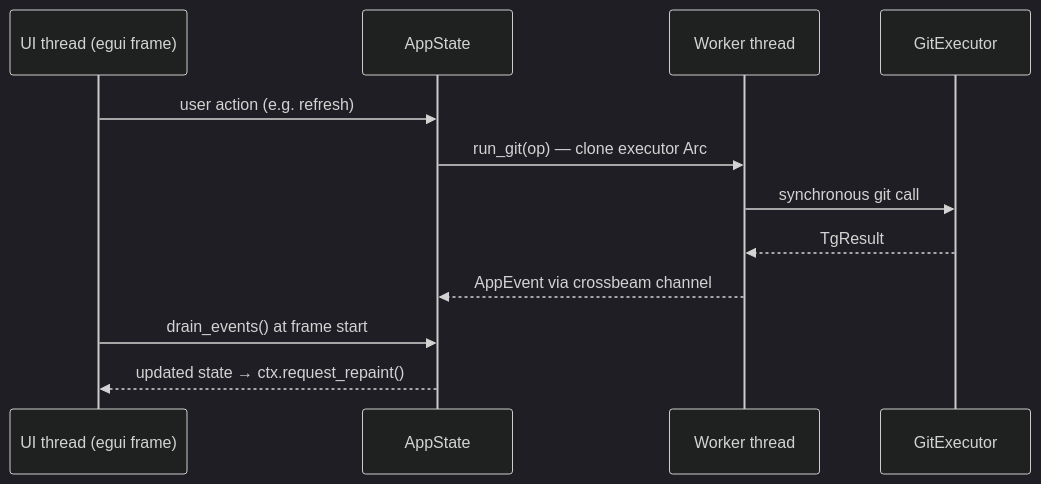
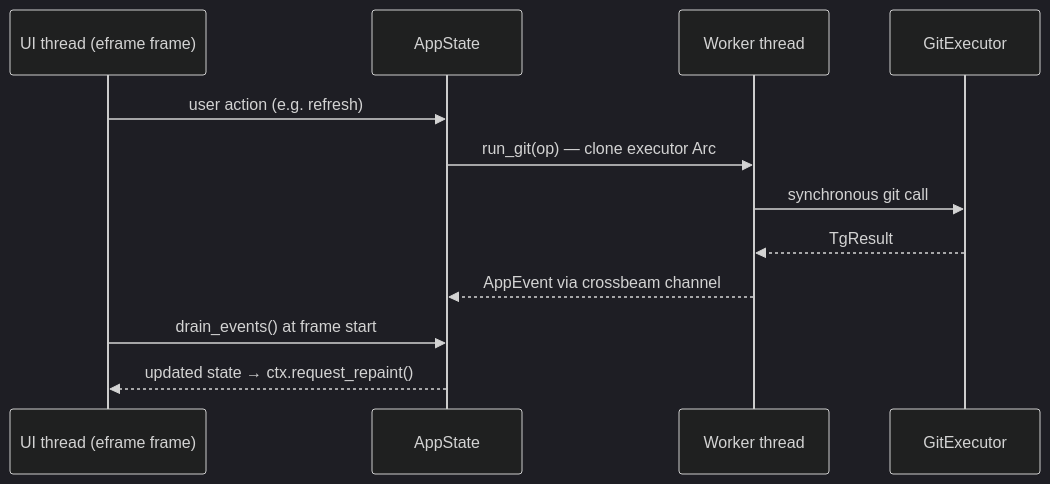
One commit to strawberry-choco/turbogit changed the second of 2 diagrams in docs/architecture.md. Above: the diagram before and after it, drawn with Mermaid (dark theme). The commit also changed other lines of this file and 14 other files, not shown here.

````diff
--- a/docs/architecture.md
+++ b/docs/architecture.md
@@ -160,15 +211,15 @@
 ```mermaid
 sequenceDiagram
-    participant UI as UI thread (egui frame)
+    participant UI as UI thread (eframe frame)
     participant ST as AppState
     participant W as Worker thread
     participant E as GitExecutor
 
     UI->>ST: user action (e.g. refresh)
     ST->>W: run_git(op) — clone executor Arc
     W->>E: synchronous git call
     E-->>W: TgResult
     W-->>ST: AppEvent via crossbeam channel
     UI->>ST: drain_events() at frame start
     ST-->>UI: updated state → ctx.request_repaint()
 ```
````
